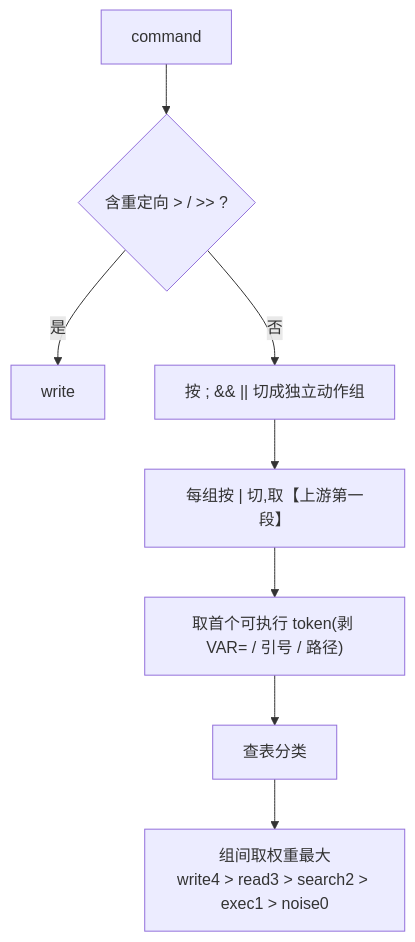
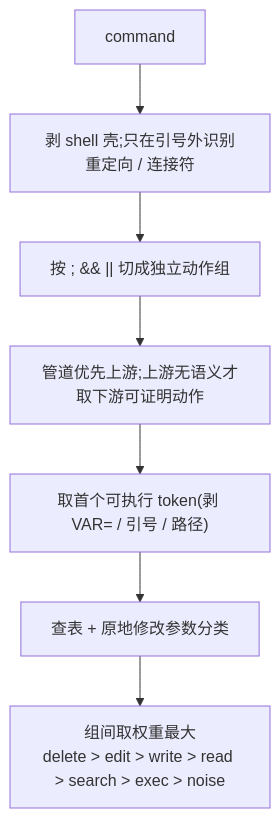
One commit to aeris-aios/open-design changed the first of 3 diagrams in specs/current/chat-panel-next.md. Above: the diagram before and after it, drawn with Mermaid. The commit also changed other lines of this file and 37 other files, not shown here.

````diff
--- a/specs/current/chat-panel-next.md
+++ b/specs/current/chat-panel-next.md
@@ -134,9 +134,8 @@
 ```mermaid
 flowchart TD
-  C["command"] --> R{"含重定向 > / >> ?"}
-  R -->|是| W["write"]
-  R -->|否| G["按 ; && || 切成独立动作组"]
-  G --> P["每组按 | 切,取【上游第一段】"]
+  C["command"] --> Q["剥 shell 壳;只在引号外识别重定向 / 连接符"]
+  Q --> G["按 ; && || 切成独立动作组"]
+  G --> P["管道优先上游;上游无语义才取下游可证明动作"]
   P --> H["取首个可执行 token(剥 VAR= / 引号 / 路径)"]
-  H --> K["查表分类"] --> M["组间取权重最大<br/>write4 > read3 > search2 > exec1 > noise0"]
+  H --> K["查表 + 原地修改参数分类"] --> M["组间取权重最大<br/>delete > edit > write > read > search > exec > noise"]
 ```
````
